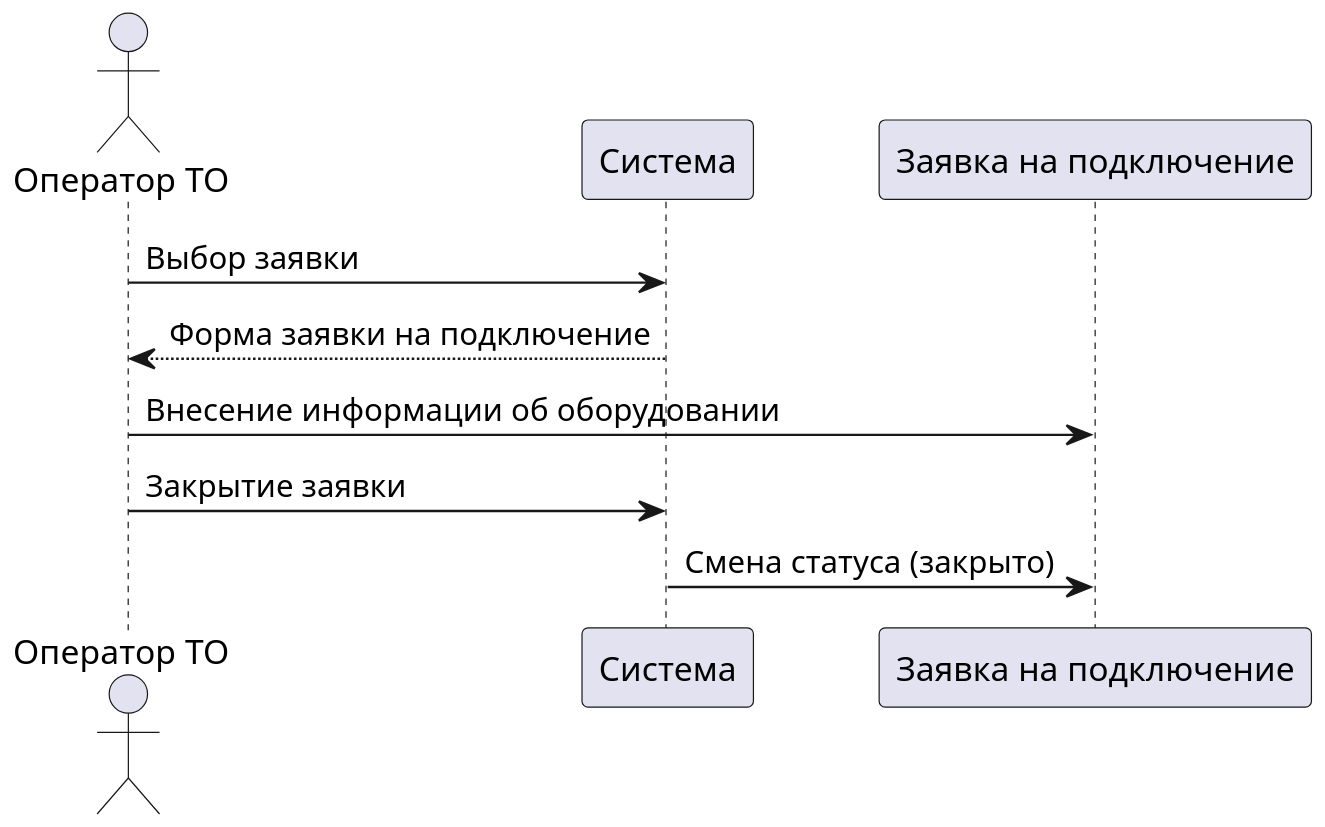
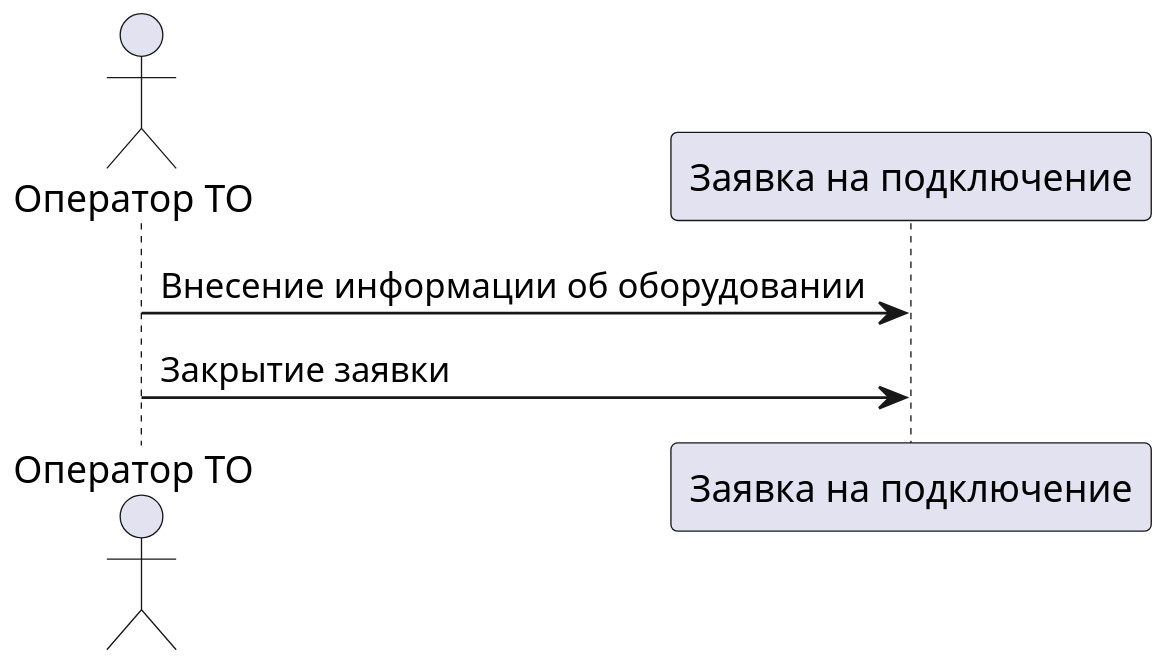
Before and after one commit to Gradergage/software-design-2018: the third of 4 diagrams in src/uml/dynamic.puml, drawn with PlantUML. The commit also changed other lines of this file and 16 other files, not shown here.

```diff
--- a/src/uml/dynamic.puml
+++ b/src/uml/dynamic.puml
@@ -76,12 +79,8 @@
 @startuml
 'Оператор ТО'
-skinparam dpi 180
+skinparam dpi 200
 actor "Оператор ТО" as A
-participant "Система" as D
 participant "Заявка на подключение" as B
-A->D : Выбор заявки
-D --> A : Форма заявки на подключение
 A->B : Внесение информации об оборудовании
-A->D : Закрытие заявки
-D->B : Смена статуса (закрыто)
+A->B : Закрытие заявки
 @enduml
```
